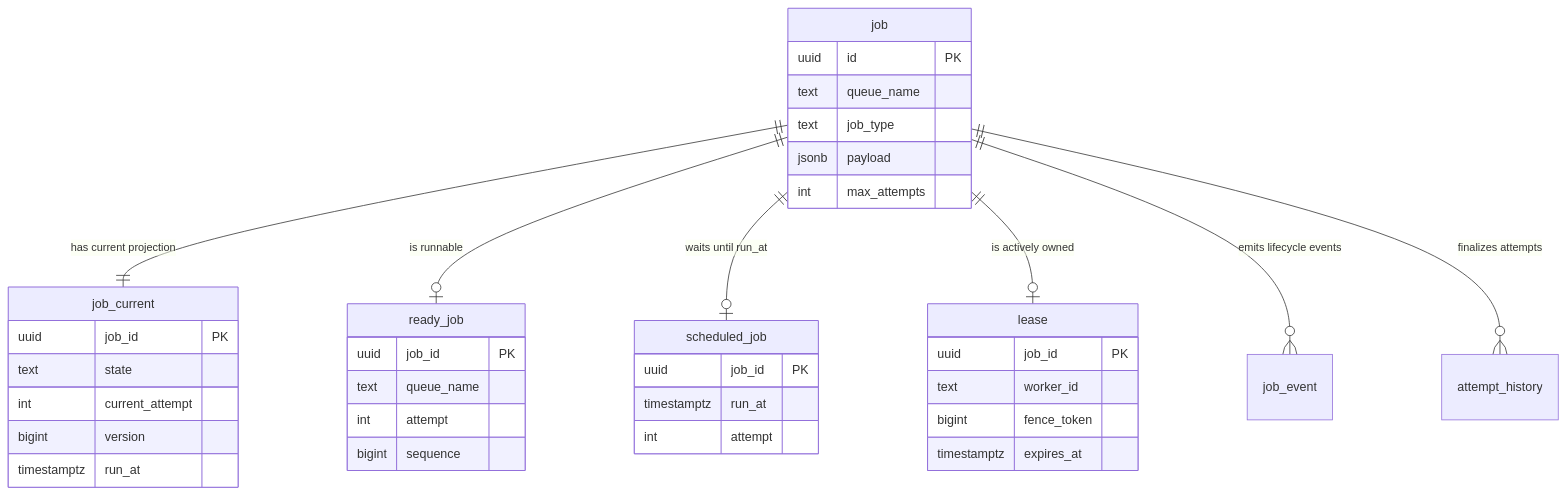
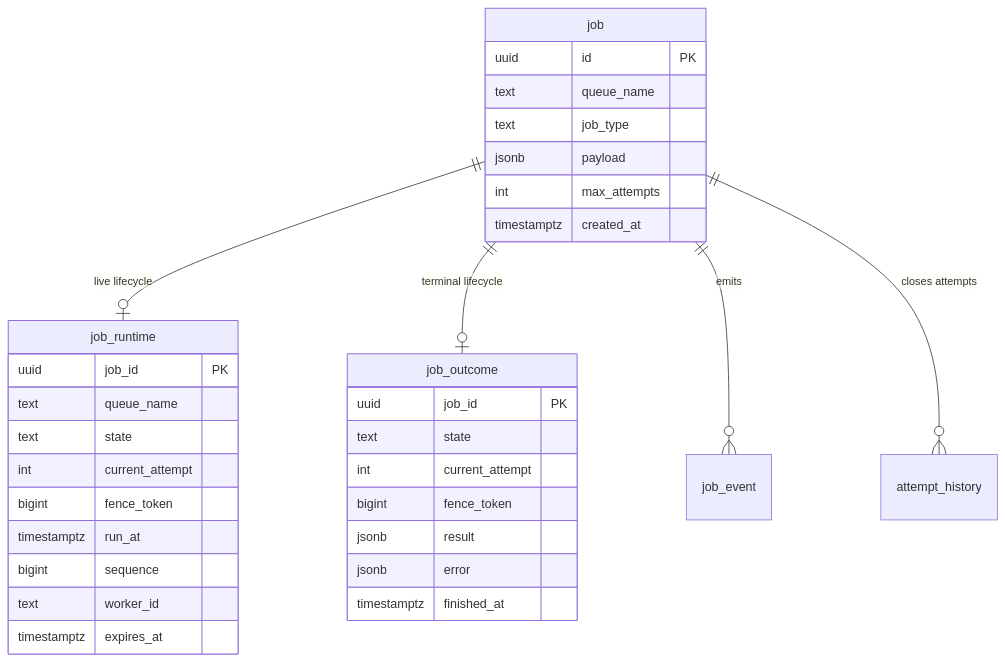
One commit to stablemates/workhorse changed the second of 3 diagrams in docs/architecture.md. Above: the diagram before and after it, drawn with Mermaid. The commit also changed other lines of this file and 7 other files, not shown here.

Commit message:
pivot queue to live runtime outcomes

````diff
--- a/docs/architecture.md
+++ b/docs/architecture.md
@@ -50,41 +32,36 @@
 ```mermaid
 erDiagram
-  job ||--|| job_current : "has current projection"
-  job ||--o| ready_job : "is runnable"
-  job ||--o| scheduled_job : "waits until run_at"
-  job ||--o| lease : "is actively owned"
-  job ||--o{ job_event : "emits lifecycle events"
-  job ||--o{ attempt_history : "finalizes attempts"
+  job ||--o| job_runtime : "live lifecycle"
+  job ||--o| job_outcome : "terminal lifecycle"
+  job ||--o{ job_event : "emits"
+  job ||--o{ attempt_history : "closes attempts"
 
   job {
     uuid id PK
     text queue_name
     text job_type
     jsonb payload
     int max_attempts
+    timestamptz created_at
   }
-  job_current {
+  job_runtime {
+    uuid job_id PK
+    text queue_name
+    text state
+    int current_attempt
+    bigint fence_token
+    timestamptz run_at
+    bigint sequence
+    text worker_id
+    timestamptz expires_at
+  }
+  job_outcome {
     uuid job_id PK
     text state
     int current_attempt
-    bigint version
-    timestamptz run_at
-  }
-  ready_job {
-    uuid job_id PK
-    text queue_name
-    int attempt
-    bigint sequence
-  }
-  scheduled_job {
-    uuid job_id PK
-    timestamptz run_at
-    int attempt
-  }
-  lease {
-    uuid job_id PK
-    text worker_id
     bigint fence_token
-    timestamptz expires_at
+    jsonb result
+    jsonb error
+    timestamptz finished_at
   }
 ```
````
